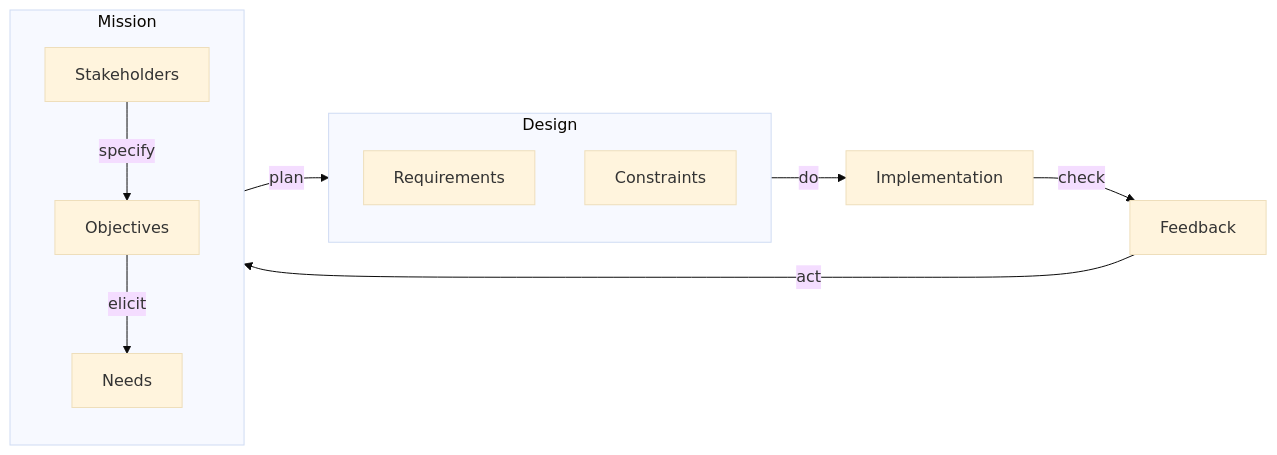
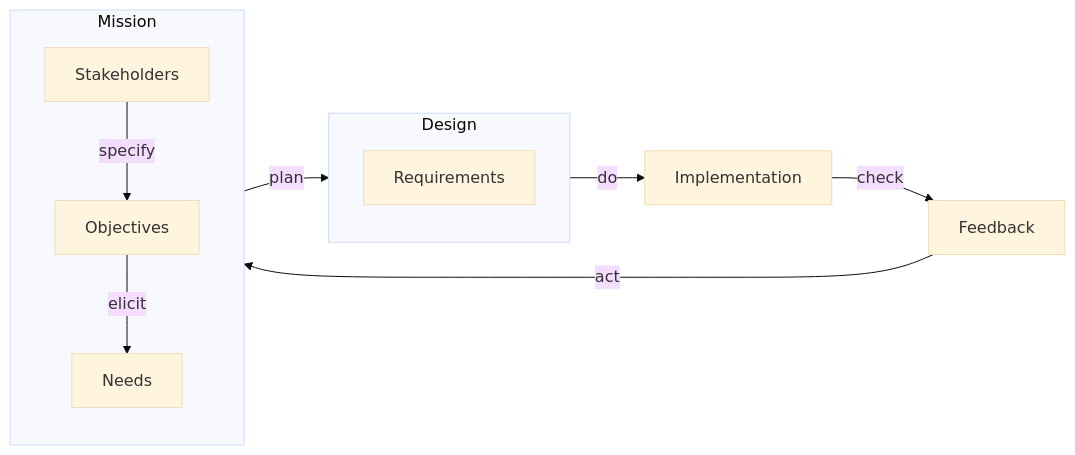
One commit to firstprinciplesthinking/paper_development_lifecycle changed the seventh of 13 diagrams in README.md. Above: the diagram before and after it, drawn with Mermaid (base theme). The commit also changed other lines of this file, not shown here.

````diff
--- a/README.md
+++ b/README.md
@@ -180,25 +208,24 @@
 ```mermaid
    flowchart LR
       subgraph Design
          Requirements
-         Constraints
       end
 
       Implementation
 
       Feedback
   
       subgraph Mission
          Stakeholders
          Objectives
          Needs
       end
       
       Mission--"plan"-->Design
       Design--"do"-->Implementation
       Implementation--"check"-->Feedback
       Feedback--"act"-->Mission
 
       Stakeholders--"specify"-->Objectives
       Objectives--"elicit"-->Needs
 ```
````
